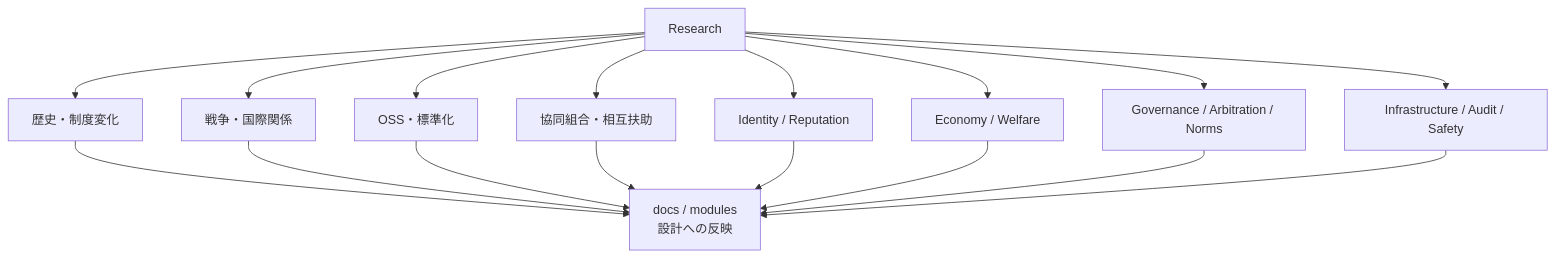
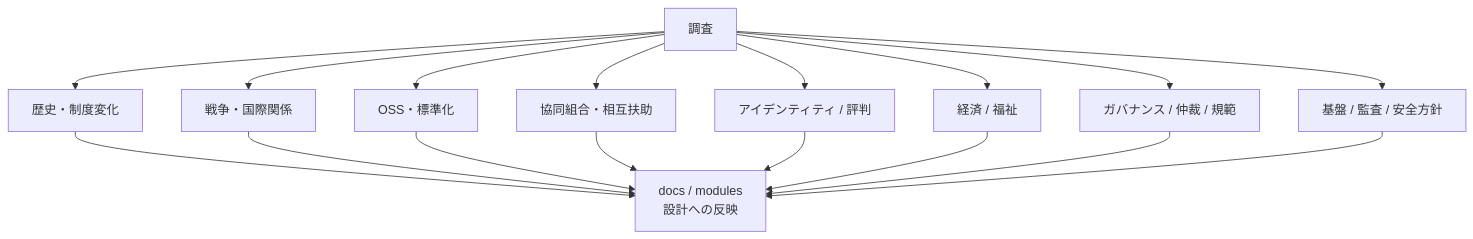
One commit to acecore-systems/world-foundation changed the diagram in research/ja/README.md. Above: the diagram before and after it, drawn with Mermaid. The commit also changed other lines of this file and 47 other files, not shown here.

````diff
--- a/research/ja/README.md
+++ b/research/ja/README.md
@@ -9,30 +9,30 @@
 ```mermaid
 flowchart TB
-  Research["Research"]
+  調査["調査"]
   History["歴史・制度変化"]
   War["戦争・国際関係"]
   OSS["OSS・標準化"]
   Coop["協同組合・相互扶助"]
-  Identity["Identity / Reputation"]
-  Economy["Economy / Welfare"]
-  Governance["Governance / Arbitration / Norms"]
-  Safety["Infrastructure / Audit / Safety"]
+  アイデンティティ["アイデンティティ / 評判"]
+  経済["経済 / 福祉"]
+  ガバナンス["ガバナンス / 仲裁 / 規範"]
+  安全方針["基盤 / 監査 / 安全方針"]
   Docs["docs / modules<br/>設計への反映"]
 
-  Research --> History
-  Research --> War
-  Research --> OSS
-  Research --> Coop
-  Research --> Identity
-  Research --> Economy
-  Research --> Governance
-  Research --> Safety
+  調査 --> History
+  調査 --> War
+  調査 --> OSS
+  調査 --> Coop
+  調査 --> アイデンティティ
+  調査 --> 経済
+  調査 --> ガバナンス
+  調査 --> 安全方針
   History --> Docs
   War --> Docs
   OSS --> Docs
   Coop --> Docs
-  Identity --> Docs
-  Economy --> Docs
-  Governance --> Docs
-  Safety --> Docs
+  アイデンティティ --> Docs
+  経済 --> Docs
+  ガバナンス --> Docs
+  安全方針 --> Docs
 ```
````
